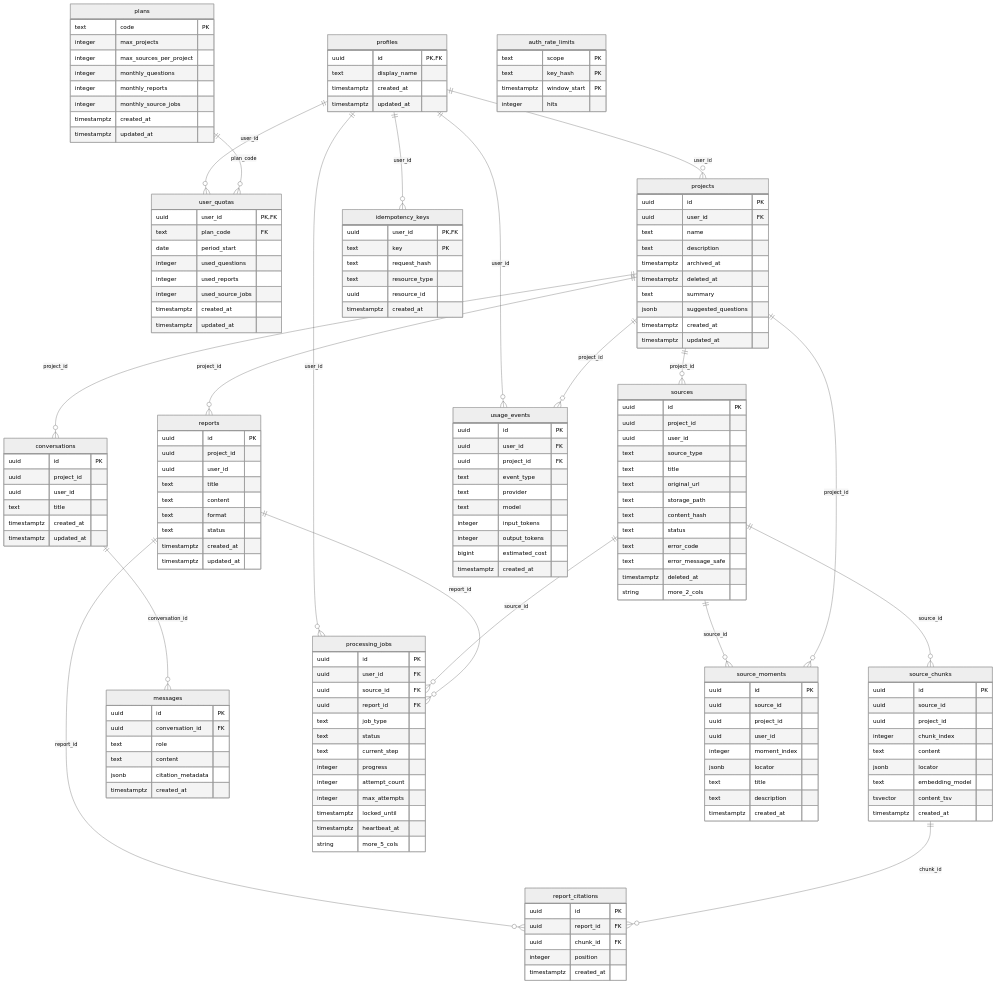
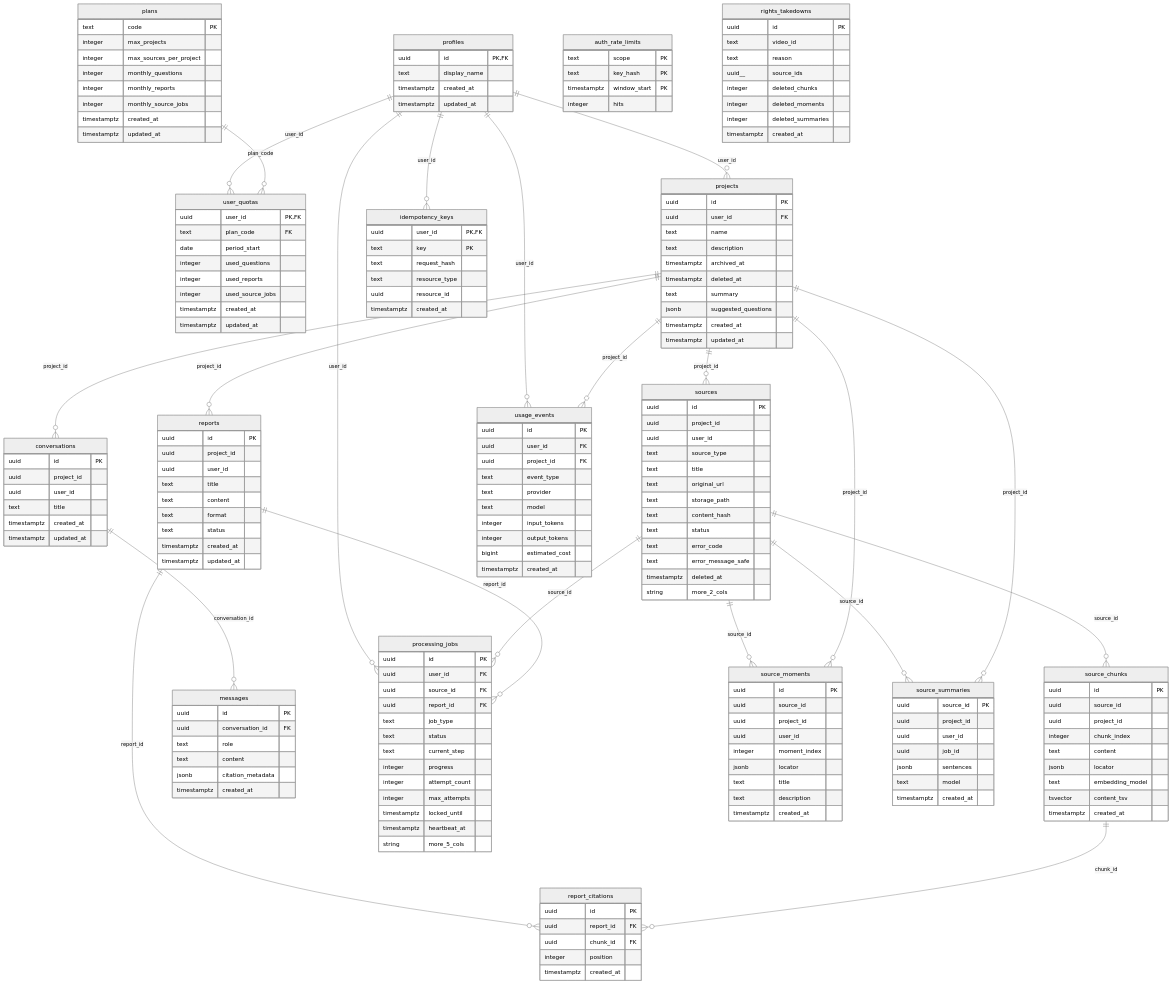
Before and after one commit to DevOps0906/KNOWFLOW-AI: the diagram in docs/diagrams/erd.mmd, drawn with Mermaid (neutral theme). The commit also changed 24 other files, not shown here.

```diff
--- a/docs/diagrams/erd.mmd
+++ b/docs/diagrams/erd.mmd
@@ -1,169 +1,190 @@
 erDiagram
   plans {
     text code PK
     integer max_projects
     integer max_sources_per_project
     integer monthly_questions
     integer monthly_reports
     integer monthly_source_jobs
     timestamptz created_at
     timestamptz updated_at
   }
   profiles {
     uuid id PK,FK
     text display_name
     timestamptz created_at
     timestamptz updated_at
   }
   user_quotas {
     uuid user_id PK,FK
     text plan_code FK
     date period_start
     integer used_questions
     integer used_reports
     integer used_source_jobs
     timestamptz created_at
     timestamptz updated_at
   }
   projects {
     uuid id PK
     uuid user_id FK
     text name
     text description
     timestamptz archived_at
     timestamptz deleted_at
     text summary
     jsonb suggested_questions
     timestamptz created_at
     timestamptz updated_at
   }
   sources {
     uuid id PK
     uuid project_id
     uuid user_id
     text source_type
     text title
     text original_url
     text storage_path
     text content_hash
     text status
     text error_code
     text error_message_safe
     timestamptz deleted_at
     string more_2_cols
   }
   source_chunks {
     uuid id PK
     uuid source_id
     uuid project_id
     integer chunk_index
     text content
     jsonb locator
     text embedding_model
     tsvector content_tsv
     timestamptz created_at
   }
   conversations {
     uuid id PK
     uuid project_id
     uuid user_id
     text title
     timestamptz created_at
     timestamptz updated_at
   }
   messages {
     uuid id PK
     uuid conversation_id FK
     text role
     text content
     jsonb citation_metadata
     timestamptz created_at
   }
   reports {
     uuid id PK
     uuid project_id
     uuid user_id
     text title
     text content
     text format
     text status
     timestamptz created_at
     timestamptz updated_at
   }
   report_citations {
     uuid id PK
     uuid report_id FK
     uuid chunk_id FK
     integer position
     timestamptz created_at
   }
   processing_jobs {
     uuid id PK
     uuid user_id FK
     uuid source_id FK
     uuid report_id FK
     text job_type
     text status
     text current_step
     integer progress
     integer attempt_count
     integer max_attempts
     timestamptz locked_until
     timestamptz heartbeat_at
     string more_5_cols
   }
   usage_events {
     uuid id PK
     uuid user_id FK
     uuid project_id FK
     text event_type
     text provider
     text model
     integer input_tokens
     integer output_tokens
     bigint estimated_cost
     timestamptz created_at
   }
   idempotency_keys {
     uuid user_id PK,FK
     text key PK
     text request_hash
     text resource_type
     uuid resource_id
     timestamptz created_at
   }
   auth_rate_limits {
     text scope PK
     text key_hash PK
     timestamptz window_start PK
     integer hits
   }
   source_moments {
     uuid id PK
     uuid source_id
     uuid project_id
     uuid user_id
     integer moment_index
     jsonb locator
     text title
     text description
     timestamptz created_at
   }
+  source_summaries {
+    uuid source_id PK
+    uuid project_id
+    uuid user_id
+    uuid job_id
+    jsonb sentences
+    text model
+    timestamptz created_at
+  }
+  rights_takedowns {
+    uuid id PK
+    text video_id
+    text reason
+    uuid__ source_ids
+    integer deleted_chunks
+    integer deleted_moments
+    integer deleted_summaries
+    timestamptz created_at
+  }
   profiles ||--o{ user_quotas : "user_id"
   plans ||--o{ user_quotas : "plan_code"
   profiles ||--o{ projects : "user_id"
   projects ||--o{ sources : "project_id"
   sources ||--o{ source_chunks : "source_id"
   projects ||--o{ conversations : "project_id"
   conversations ||--o{ messages : "conversation_id"
   projects ||--o{ reports : "project_id"
   reports ||--o{ report_citations : "report_id"
   source_chunks ||--o{ report_citations : "chunk_id"
   profiles ||--o{ processing_jobs : "user_id"
   sources ||--o{ processing_jobs : "source_id"
   reports ||--o{ processing_jobs : "report_id"
   profiles ||--o{ usage_events : "user_id"
   projects ||--o{ usage_events : "project_id"
   profiles ||--o{ idempotency_keys : "user_id"
   sources ||--o{ source_moments : "source_id"
   projects ||--o{ source_moments : "project_id"
+  sources ||--o{ source_summaries : "source_id"
+  projects ||--o{ source_summaries : "project_id"
```
